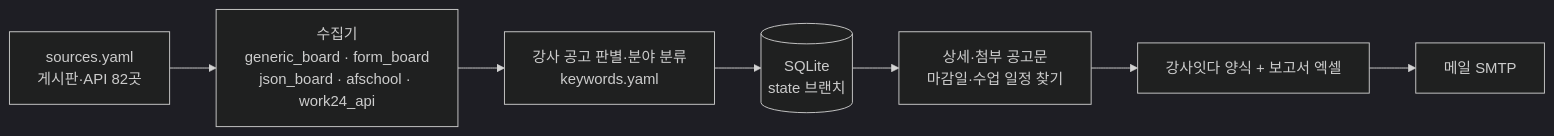
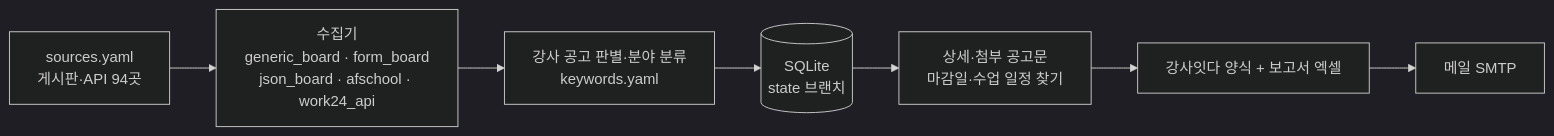
Before and after one commit to thskal17-sudo/busan-school-company: the diagram in docs/DESIGN.md, drawn with Mermaid (dark theme). The commit also changed other lines of this file and 6 other files, not shown here.

````diff
--- a/docs/DESIGN.md
+++ b/docs/DESIGN.md
@@ -29,9 +29,9 @@
 ```mermaid
 flowchart LR
-    S[sources.yaml<br/>게시판·API 82곳] --> C[수집기<br/>generic_board · form_board<br/>json_board · afschool · work24_api]
+    S[sources.yaml<br/>게시판·API 94곳] --> C[수집기<br/>generic_board · form_board<br/>json_board · afschool · work24_api]
     C --> F[강사 공고 판별·분야 분류<br/>keywords.yaml]
     F --> D[(SQLite<br/>state 브랜치)]
     D --> I[상세·첨부 공고문<br/>마감일·수업 일정 찾기]
     I --> X[강사잇다 양식 + 보고서 엑셀]
     X --> M[메일 SMTP]
 ```
````
